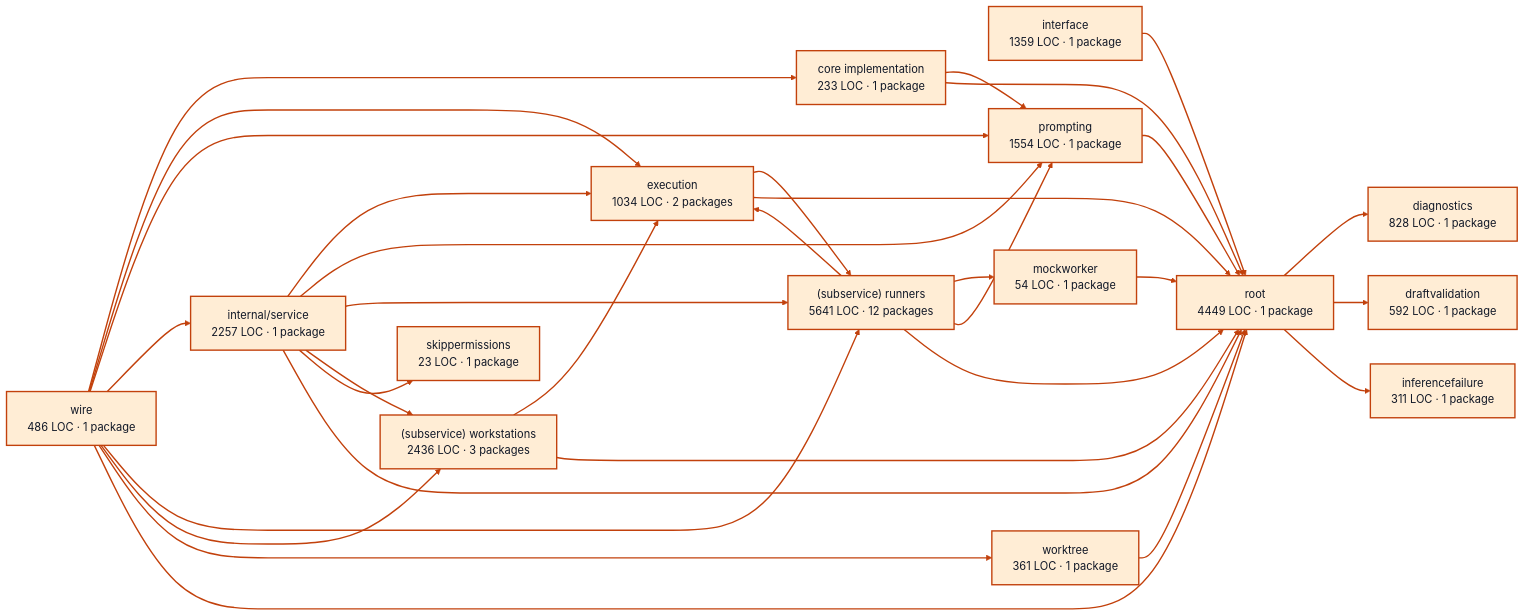
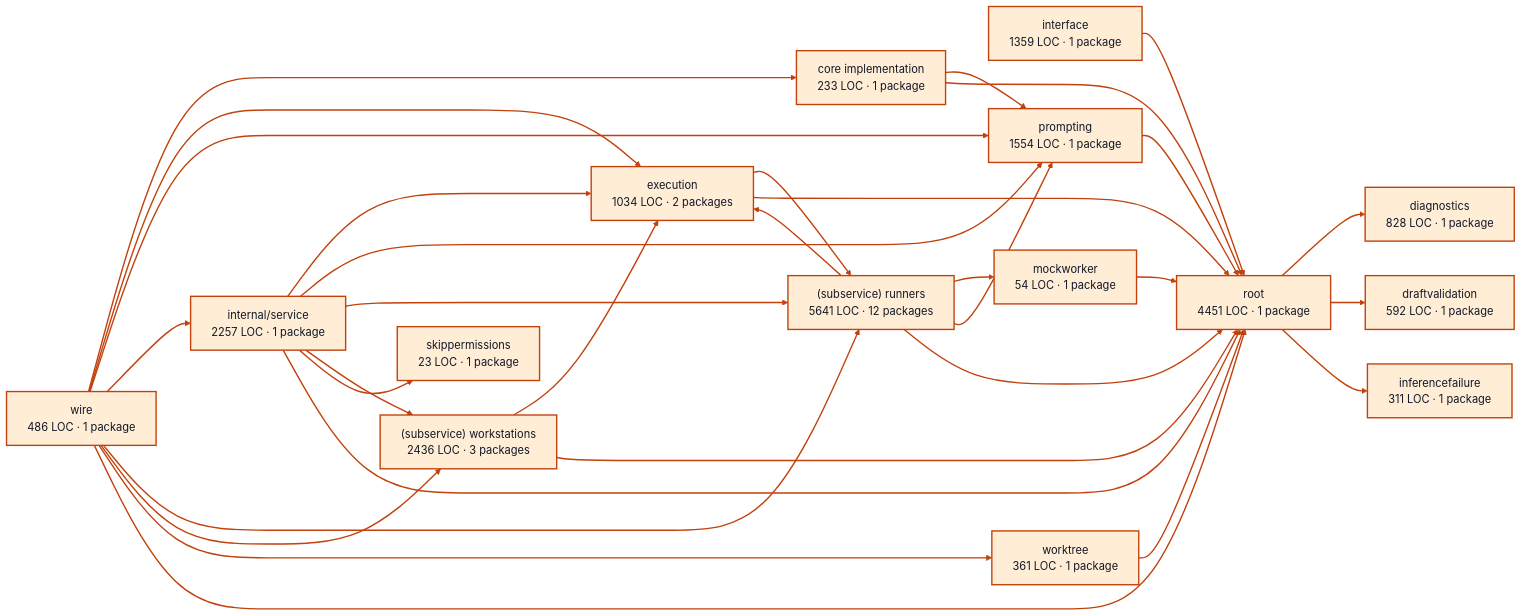
The diagram in docs/architecture/visualizations/services/workers.md (portpowered/you-agent-factory), drawn with Mermaid (forest theme) before and after one commit. The commit also changed other lines of this file and 20 other files, not shown here.

Commit message:
docs: refresh backend architecture visualizations

````diff
--- a/docs/architecture/visualizations/services/workers.md
+++ b/docs/architecture/visualizations/services/workers.md
@@ -11,65 +11,65 @@
 ```mermaid
 flowchart LR
   p0["core implementation<br/>233 LOC · 1 package"]
   p1["diagnostics<br/>828 LOC · 1 package"]
   p2["draftvalidation<br/>592 LOC · 1 package"]
   p3["execution<br/>1034 LOC · 2 packages"]
   p4["inferencefailure<br/>311 LOC · 1 package"]
   p5["interface<br/>1359 LOC · 1 package"]
   p6["mockworker<br/>54 LOC · 1 package"]
   p7["prompting<br/>1554 LOC · 1 package"]
   p8["internal/service<br/>2257 LOC · 1 package"]
   p9["(subservice) runners<br/>5641 LOC · 12 packages"]
   p10["(subservice) workstations<br/>2436 LOC · 3 packages"]
   p11["skippermissions<br/>23 LOC · 1 package"]
   p12["worktree<br/>361 LOC · 1 package"]
-  p13["root<br/>4449 LOC · 1 package"]
+  p13["root<br/>4451 LOC · 1 package"]
   p14["wire<br/>486 LOC · 1 package"]
   p0 --> p7
   p0 --> p13
   p3 --> p9
   p3 --> p13
   p5 --> p13
   p6 --> p13
   p7 --> p13
   p8 --> p3
   p8 --> p7
   p8 --> p9
   p8 --> p10
   p8 --> p11
   p8 --> p13
   p9 --> p3
   p9 --> p6
   p9 --> p7
   p9 --> p13
   p10 --> p3
   p10 --> p13
   p12 --> p13
   p13 --> p1
   p13 --> p2
   p13 --> p4
   p14 --> p0
   p14 --> p3
   p14 --> p7
   p14 --> p8
   p14 --> p9
   p14 --> p10
   p14 --> p12
   p14 --> p13
   style p0 fill:#ffedd5,stroke:#c2410c,stroke-width:2px,color:#111827
   style p1 fill:#ffedd5,stroke:#c2410c,stroke-width:2px,color:#111827
   style p2 fill:#ffedd5,stroke:#c2410c,stroke-width:2px,color:#111827
   style p3 fill:#ffedd5,stroke:#c2410c,stroke-width:2px,color:#111827
   style p4 fill:#ffedd5,stroke:#c2410c,stroke-width:2px,color:#111827
   style p5 fill:#ffedd5,stroke:#c2410c,stroke-width:2px,color:#111827
   style p6 fill:#ffedd5,stroke:#c2410c,stroke-width:2px,color:#111827
   style p7 fill:#ffedd5,stroke:#c2410c,stroke-width:2px,color:#111827
   style p8 fill:#ffedd5,stroke:#c2410c,stroke-width:2px,color:#111827
   style p9 fill:#ffedd5,stroke:#c2410c,stroke-width:2px,color:#111827
   style p10 fill:#ffedd5,stroke:#c2410c,stroke-width:2px,color:#111827
   style p11 fill:#ffedd5,stroke:#c2410c,stroke-width:2px,color:#111827
   style p12 fill:#ffedd5,stroke:#c2410c,stroke-width:2px,color:#111827
   style p13 fill:#ffedd5,stroke:#c2410c,stroke-width:2px,color:#111827
   style p14 fill:#ffedd5,stroke:#c2410c,stroke-width:2px,color:#111827
   linkStyle default stroke:#c2410c,stroke-width:2px
 ```
````
